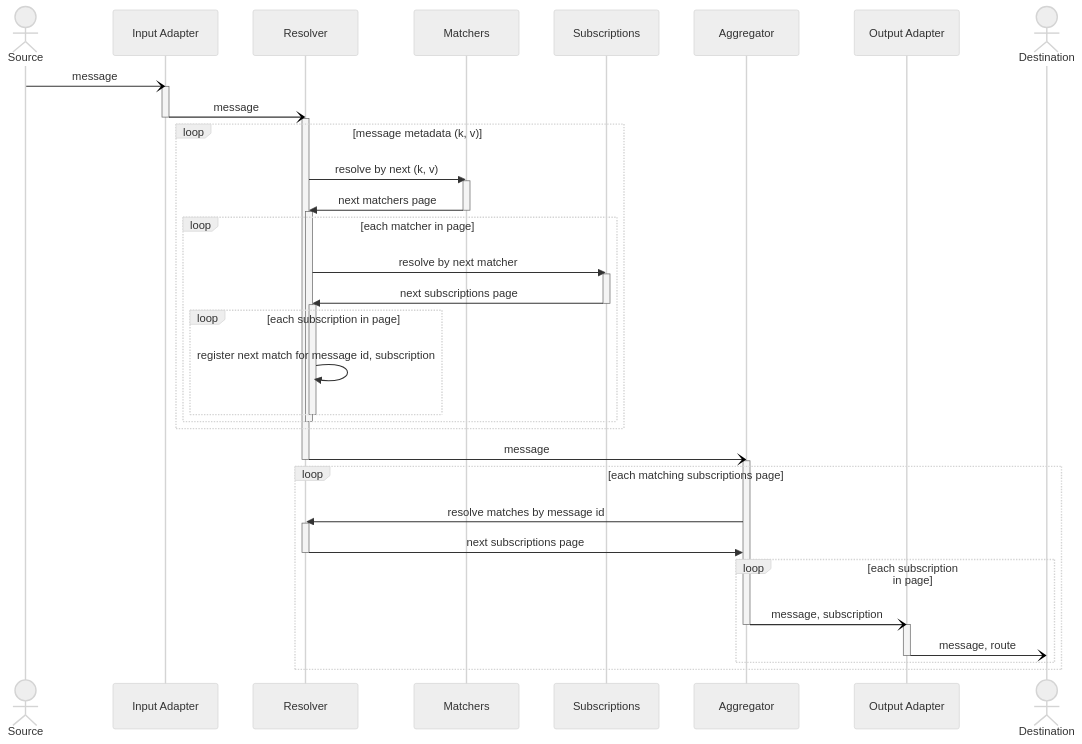
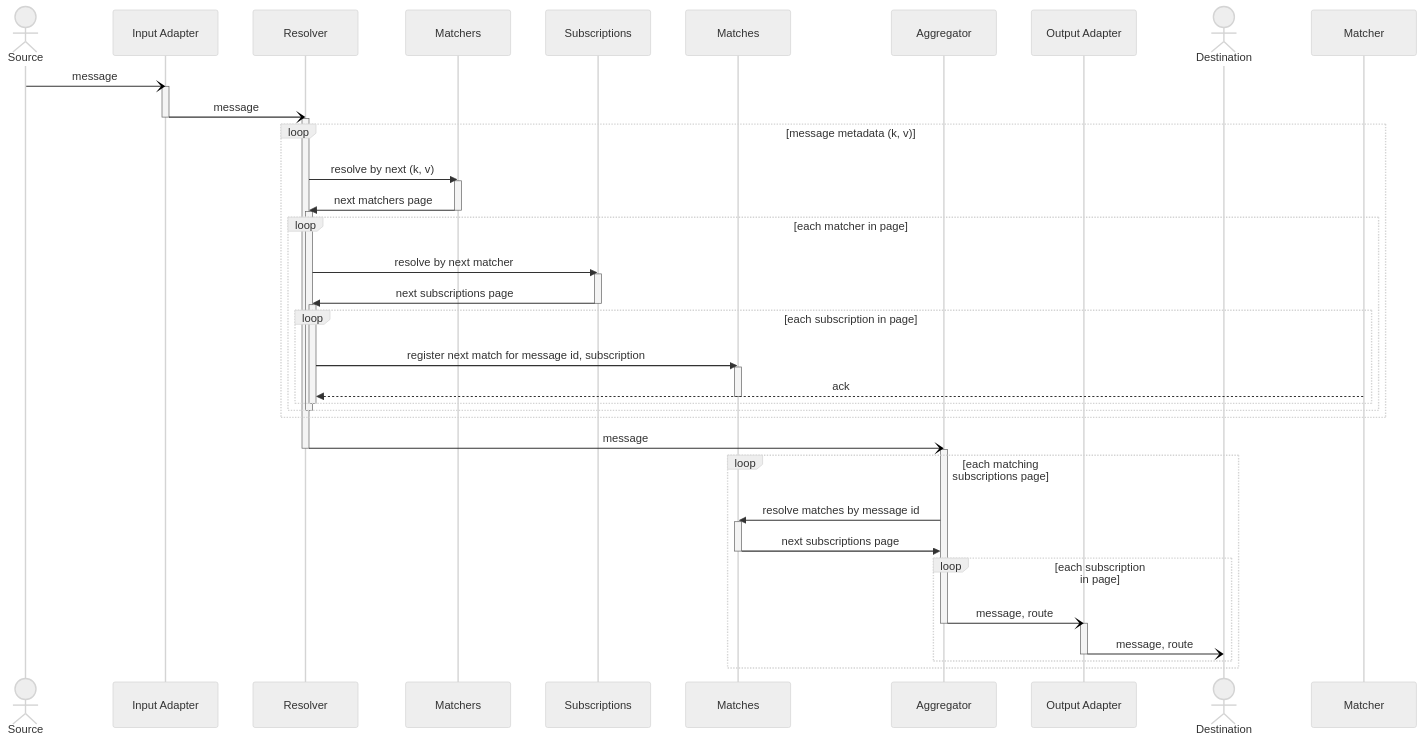
The diagram in profile/README.md (awakari/.github), drawn with Mermaid before and after one commit.

````diff
--- a/profile/README.md
+++ b/profile/README.md
@@ -5,66 +5,70 @@
 ```mermaid
 %%{init: {'theme': 'neutral' } }%%
 sequenceDiagram
 
     actor Source
     participant Input Adapter
     participant Resolver
     participant Matchers
     participant Subscriptions
+    participant Matches
     participant Aggregator
     participant Output Adapter
     actor Destination
 
     Source-)Input Adapter: message
     activate Input Adapter
         
     Input Adapter-)Resolver: message
     deactivate Input Adapter
     activate Resolver
     
     loop message metadata (k, v)
     
         Resolver->>Matchers: resolve by next (k, v)
         activate Matchers
         Matchers->>Resolver: next matchers page
         deactivate Matchers
         
         activate Resolver
         loop each matcher in page
             
             Resolver->>Subscriptions: resolve by next matcher
             activate Subscriptions
             Subscriptions->>Resolver: next subscriptions page
             deactivate Subscriptions
             
             activate Resolver
             loop each subscription in page
-                Resolver->>Resolver: register next match for message id, subscription
+                Resolver->>Matches: register next match for message id, subscription
+                activate Matches
+                Matcher-->>Resolver: ack
+                deactivate Matches
             end
             deactivate Resolver
             
         end
         deactivate Resolver
     end
         
     Resolver-)Aggregator: message
     deactivate Resolver
 
     activate Aggregator
     loop each matching subscriptions page
         
-        Aggregator->>Resolver: resolve matches by message id
-        activate Resolver
-        Resolver->>Aggregator: next subscriptions page
-        deactivate Resolver
+        Aggregator->>Matches: resolve matches by message id
+        activate Matches
+        Matches->>Aggregator: next subscriptions page
+        deactivate Matches
         
         loop each subscription in page
-            Aggregator-)Output Adapter: message, subscription
+            Aggregator-)Output Adapter: message, route
             deactivate Aggregator
             activate Output Adapter
             Output Adapter-)Destination: message, route
             deactivate Output Adapter
         end
         
     end
 ```
````
